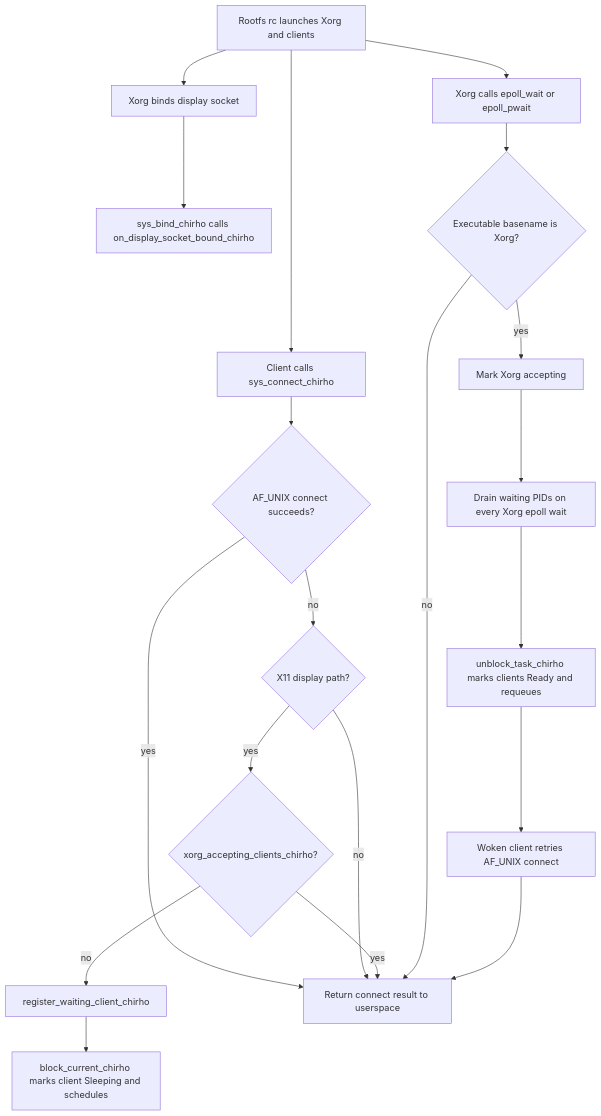
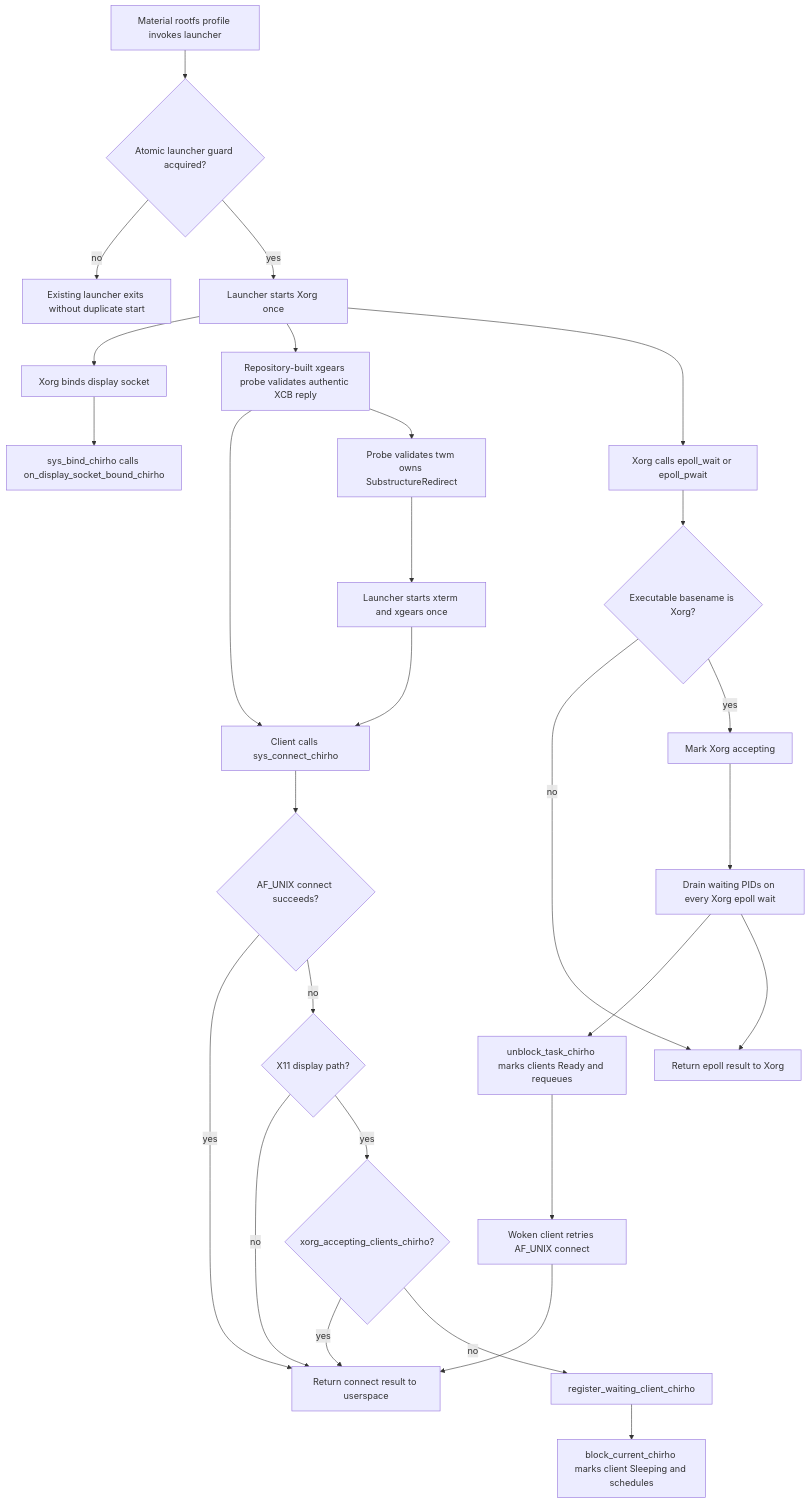
Before and after one commit to loveJesus/lineluya: the diagram in spec-chirho/workflows-chirho/x11-bringup-chirho.md, drawn with Mermaid. The commit also changed other lines of this file and 4 other files, not shown here.

````diff
--- a/spec-chirho/workflows-chirho/x11-bringup-chirho.md
+++ b/spec-chirho/workflows-chirho/x11-bringup-chirho.md
@@ -10,32 +13,46 @@
 ```mermaid
 flowchart TD
-    launch_chirho[Rootfs rc launches Xorg and clients]
+    profile_chirho[Material rootfs profile invokes launcher]
+    guard_chirho{Atomic launcher guard acquired?}
+    launcher_exit_chirho[Existing launcher exits without duplicate start]
+    launch_chirho[Launcher starts Xorg once]
+    probe_chirho[Repository-built xgears probe validates authentic XCB reply]
+    wm_probe_chirho[Probe validates twm owns SubstructureRedirect]
+    clients_chirho[Launcher starts xterm and xgears once]
     bind_chirho[Xorg binds display socket]
     bind_hook_chirho[sys_bind_chirho calls on_display_socket_bound_chirho]
     connect_chirho[Client calls sys_connect_chirho]
     connect_ok_chirho{AF_UNIX connect succeeds?}
     x11_path_chirho{X11 display path?}
     accepting_chirho{xorg_accepting_clients_chirho?}
     register_chirho[register_waiting_client_chirho]
     park_chirho[block_current_chirho marks client Sleeping and schedules]
     epoll_chirho[Xorg calls epoll_wait or epoll_pwait]
     identity_chirho{Executable basename is Xorg?}
     ready_chirho[Mark Xorg accepting]
     drain_chirho[Drain waiting PIDs on every Xorg epoll wait]
     wake_chirho[unblock_task_chirho marks clients Ready and requeues]
     retry_chirho[Woken client retries AF_UNIX connect]
     return_chirho[Return connect result to userspace]
+    epoll_return_chirho[Return epoll result to Xorg]
 
+    profile_chirho --> guard_chirho
+    guard_chirho -- no --> launcher_exit_chirho
+    guard_chirho -- yes --> launch_chirho
     launch_chirho --> bind_chirho --> bind_hook_chirho
-    launch_chirho --> connect_chirho --> connect_ok_chirho
+    launch_chirho --> probe_chirho --> connect_chirho
+    probe_chirho --> wm_probe_chirho --> clients_chirho
+    clients_chirho --> connect_chirho
+    connect_chirho --> connect_ok_chirho
     connect_ok_chirho -- yes --> return_chirho
     connect_ok_chirho -- no --> x11_path_chirho
     x11_path_chirho -- no --> return_chirho
     x11_path_chirho -- yes --> accepting_chirho
     accepting_chirho -- yes --> return_chirho
     accepting_chirho -- no --> register_chirho --> park_chirho
     launch_chirho --> epoll_chirho --> identity_chirho
-    identity_chirho -- no --> return_chirho
+    identity_chirho -- no --> epoll_return_chirho
     identity_chirho -- yes --> ready_chirho --> drain_chirho --> wake_chirho
+    drain_chirho --> epoll_return_chirho
     wake_chirho --> retry_chirho --> return_chirho
 ```
````
